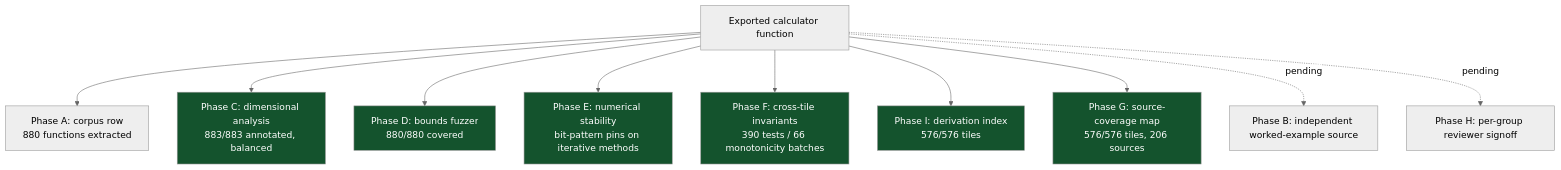
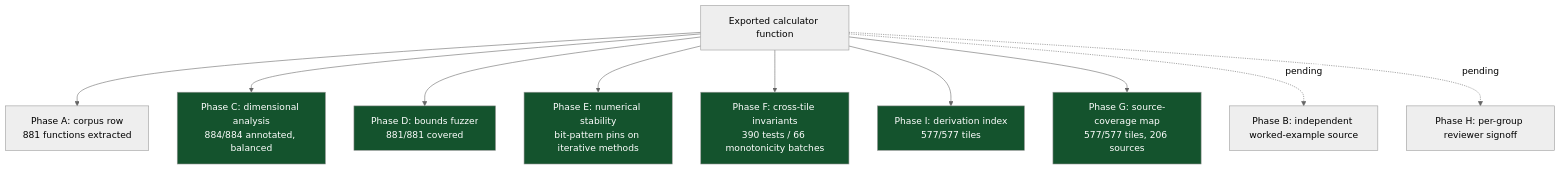
The fourth of 6 diagrams in README.md (clay-good/roughlogic.com), drawn with Mermaid (neutral theme) before and after one commit. The commit also changed other lines of this file and 17 other files, not shown here.

````diff
--- a/README.md
+++ b/README.md
@@ -292,18 +296,18 @@
 ```mermaid
 flowchart TB
-    F[Exported calculator function] --> A[Phase A: corpus row\n880 functions extracted]
-    F --> C[Phase C: dimensional analysis\n883/883 annotated, balanced]
-    F --> D[Phase D: bounds fuzzer\n880/880 covered]
+    F[Exported calculator function] --> A[Phase A: corpus row\n881 functions extracted]
+    F --> C[Phase C: dimensional analysis\n884/884 annotated, balanced]
+    F --> D[Phase D: bounds fuzzer\n881/881 covered]
     F --> E[Phase E: numerical stability\nbit-pattern pins on iterative methods]
     F --> Fa[Phase F: cross-tile invariants\n390 tests / 66 monotonicity batches]
-    F --> I[Phase I: derivation index\n576/576 tiles]
-    F --> G[Phase G: source-coverage map\n576/576 tiles, 206 sources]
+    F --> I[Phase I: derivation index\n577/577 tiles]
+    F --> G[Phase G: source-coverage map\n577/577 tiles, 206 sources]
     F -.pending.-> B[Phase B: independent worked-example source]
     F -.pending.-> H[Phase H: per-group reviewer signoff]
     style C fill:#14532d,color:#fff
     style D fill:#14532d,color:#fff
     style E fill:#14532d,color:#fff
     style Fa fill:#14532d,color:#fff
     style G fill:#14532d,color:#fff
     style I fill:#14532d,color:#fff
 ```
````
